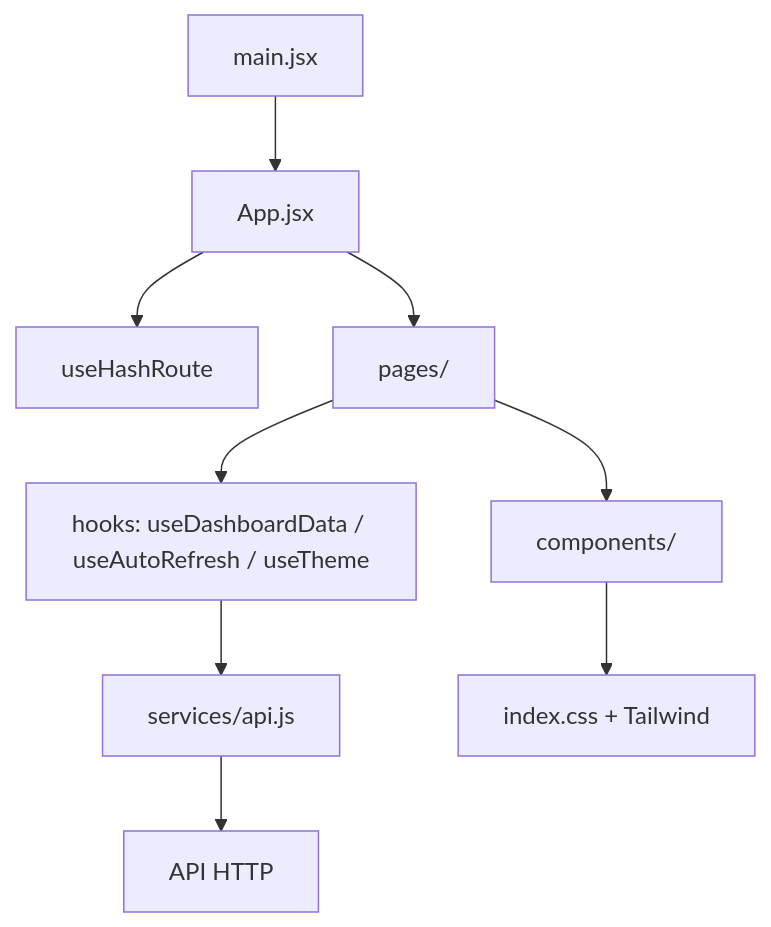
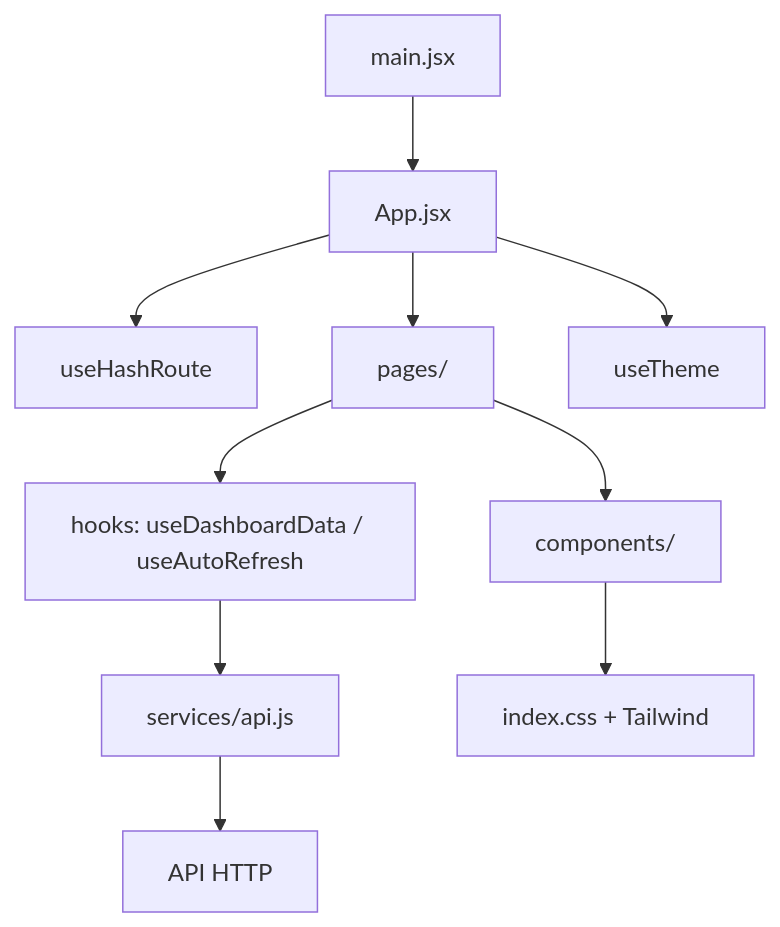
One commit to CarlosEduardoLemos/TimeTracker-2026-2 changed the diagram in FrontEnd/docs/ARQUITETURA.md. Above: the diagram before and after it, drawn with Mermaid. The commit also changed other lines of this file and 29 other files, not shown here.

````diff
--- a/FrontEnd/docs/ARQUITETURA.md
+++ b/FrontEnd/docs/ARQUITETURA.md
@@ -5,11 +5,12 @@
 ```mermaid
 flowchart TB
   M[main.jsx] --> A[App.jsx]
   A --> R[useHashRoute]
   A --> P[pages/]
   P --> C[components/]
-  P --> H[hooks: useDashboardData / useAutoRefresh / useTheme]
+  A --> T[useTheme]
+  P --> H[hooks: useDashboardData / useAutoRefresh]
   H --> S[services/api.js]
   S --> API[API HTTP]
   C --> CSS[index.css + Tailwind]
 ```
````
